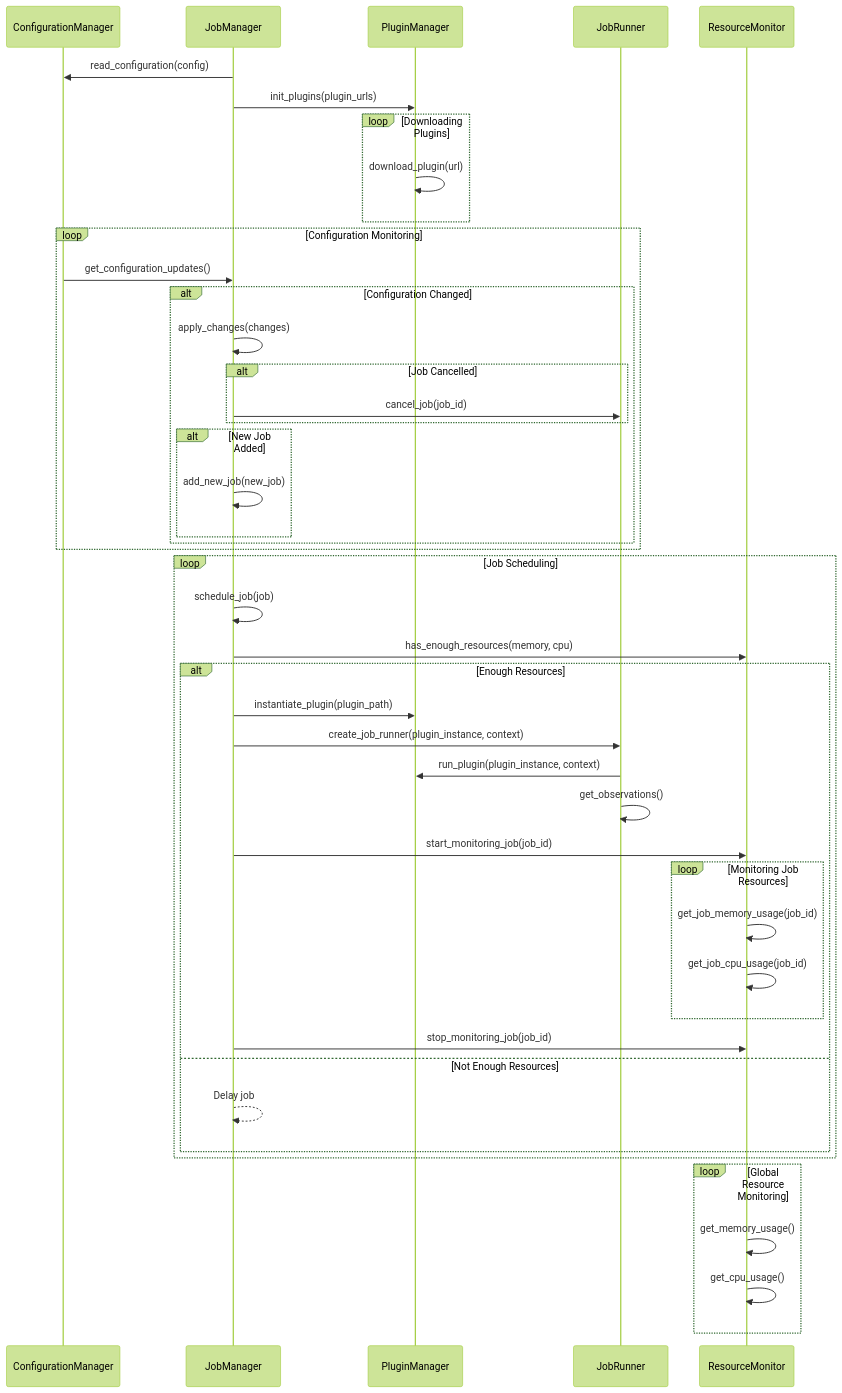
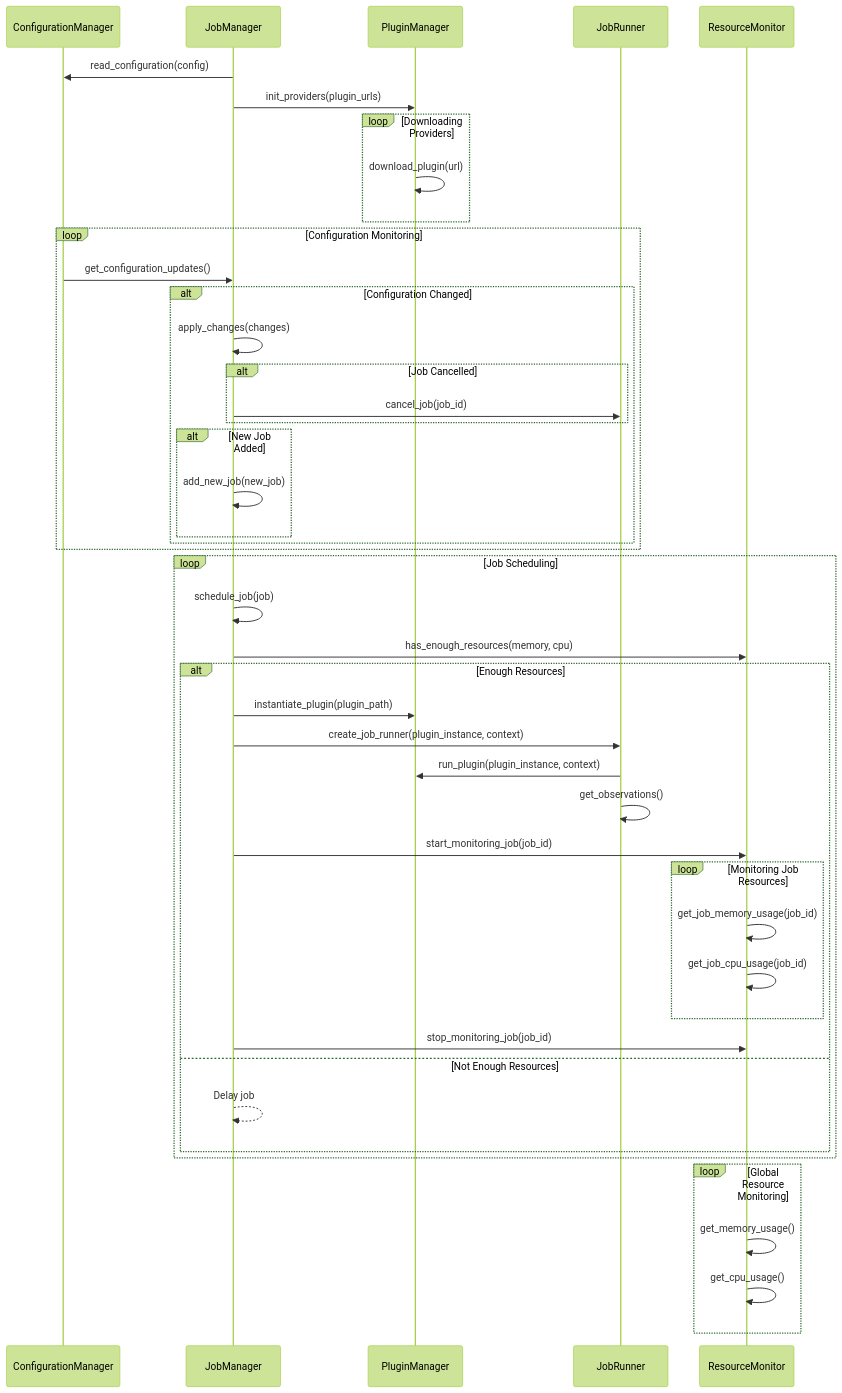
The diagram in docs/architecture/assessment-runtime/job-runner.md (compliance-framework/docs), drawn with Mermaid (forest theme) before and after one commit. The commit also changed other lines of this file and 2 other files, not shown here.

Commit message:
plugin => provider, remove references to WASM and Rust

````diff
--- a/docs/architecture/assessment-runtime/job-runner.md
+++ b/docs/architecture/assessment-runtime/job-runner.md
@@ -7,48 +7,48 @@
 ```mermaid
 sequenceDiagram
     participant CM as ConfigurationManager
     participant JM as JobManager
     participant PM as PluginManager
     participant JR as JobRunner
     participant RM as ResourceMonitor
 
     JM->>CM: read_configuration(config)
-    JM->>PM: init_plugins(plugin_urls)
-    loop Downloading Plugins
+    JM->>PM: init_providers(plugin_urls)
+    loop Downloading Providers
         PM->>PM: download_plugin(url)
     end
     loop Configuration Monitoring
         CM->>JM: get_configuration_updates()
         alt Configuration Changed
             JM->>JM: apply_changes(changes)
             alt Job Cancelled
                 JM->>JR: cancel_job(job_id)
             end
             alt New Job Added
                 JM->>JM: add_new_job(new_job)
             end
         end
     end
     loop Job Scheduling
         JM->>JM: schedule_job(job)
         JM->>RM: has_enough_resources(memory, cpu)
         alt Enough Resources
             JM->>PM: instantiate_plugin(plugin_path)
             JM->>JR: create_job_runner(plugin_instance, context)
             JR->>PM: run_plugin(plugin_instance, context)
             JR->>JR: get_observations()
             JM->>RM: start_monitoring_job(job_id)
             loop Monitoring Job Resources
                 RM->>RM: get_job_memory_usage(job_id)
                 RM->>RM: get_job_cpu_usage(job_id)
             end
             JM->>RM: stop_monitoring_job(job_id)
         else Not Enough Resources
             JM-->>JM: Delay job
         end
     end
     loop Global Resource Monitoring
         RM->>RM: get_memory_usage()
         RM->>RM: get_cpu_usage()
     end
 ```
````
